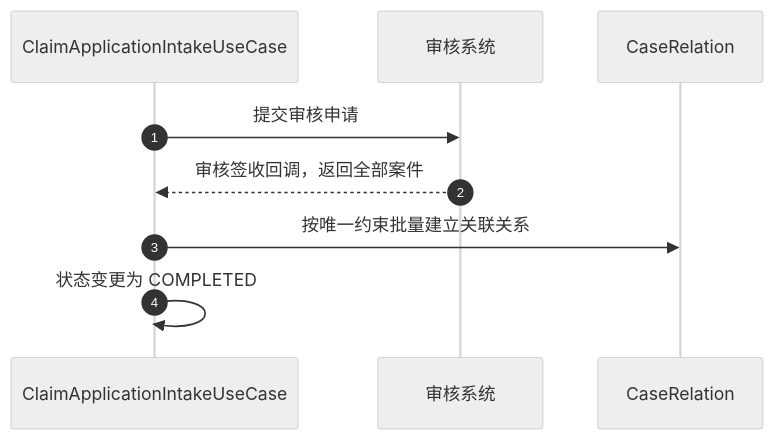
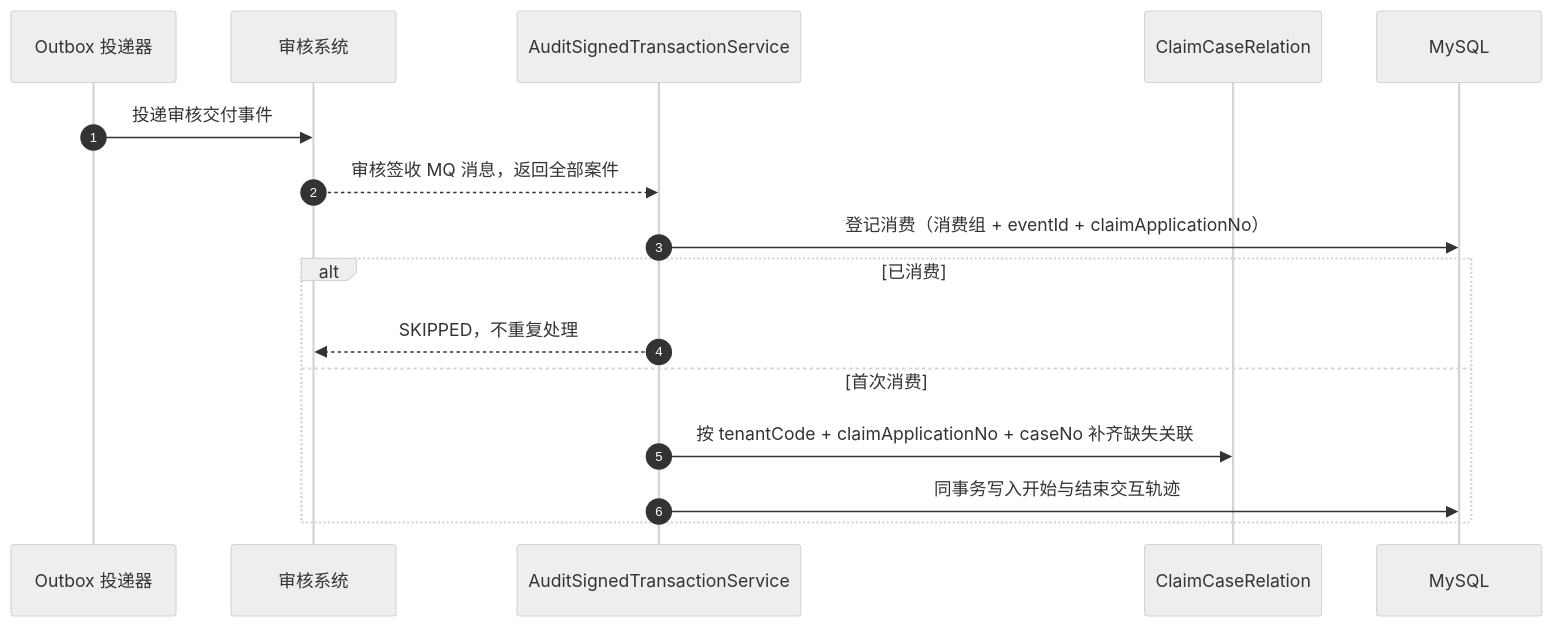
The seventh of 11 diagrams in docs/architecture/claim-application-architecture.md (wangguangwu/claim-integration-platform), drawn with Mermaid (neutral theme) before and after one commit. The commit also changed other lines of this file and 118 other files, not shown here.

Commit message:
落地 024 理赔受理聚合根重设计：ClaimApplication 统一收敛材料与问题件，补齐乐观锁与详情读模型

````diff
--- a/docs/architecture/claim-application-architecture.md
+++ b/docs/architecture/claim-application-architecture.md
@@ -342,12 +394,19 @@
 ```mermaid
 sequenceDiagram
     autonumber
-    participant U as ClaimApplicationIntakeUseCase
+    participant O as Outbox 投递器
     participant A as 审核系统
-    participant CR as CaseRelation
+    participant U as AuditSignedTransactionService
+    participant CR as ClaimCaseRelation
+    participant DB as MySQL
 
-    U->>A: 提交审核申请
-    A-->>U: 审核签收回调，返回全部案件
-    U->>CR: 按唯一约束批量建立关联关系
-    U->>U: 状态变更为 COMPLETED
+    O->>A: 投递审核交付事件
+    A-->>U: 审核签收 MQ 消息，返回全部案件
+    U->>DB: 登记消费（消费组 + eventId + claimApplicationNo）
+    alt 已消费
+        U-->>A: SKIPPED，不重复处理
+    else 首次消费
+        U->>CR: 按 tenantCode + claimApplicationNo + caseNo 补齐缺失关联
+        U->>DB: 同事务写入开始与结束交互轨迹
+    end
 ```
````
